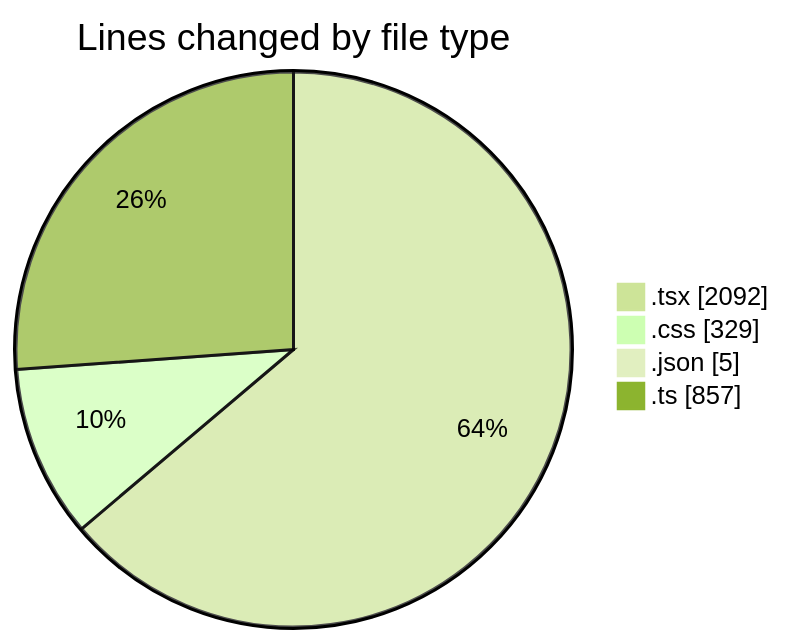
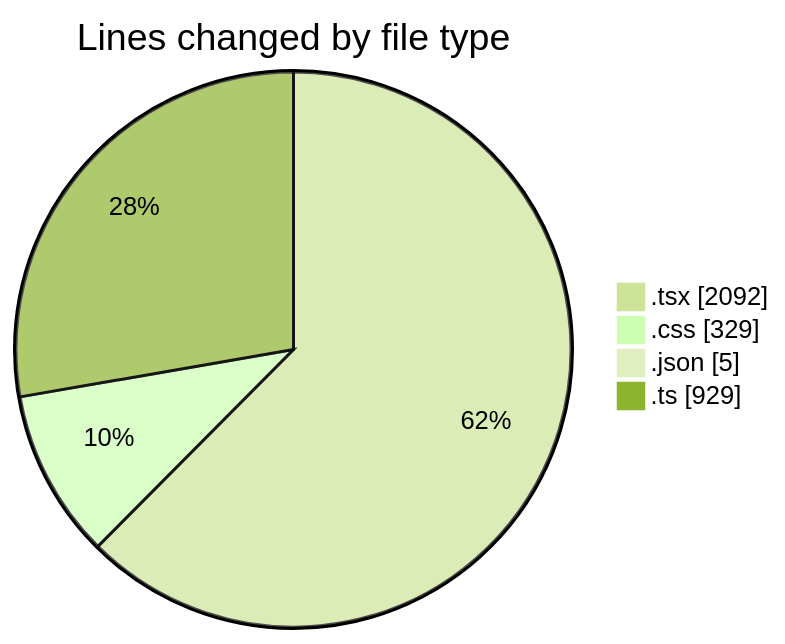
One commit to julien-gomy/code-tracking changed the first of 2 diagrams in 2025-10-10/eventscop-frontend-guide__workspace_/README.md. Above: the diagram before and after it, drawn with Mermaid (forest theme). The commit also changed other lines of this file and 1 other file, not shown here.

````diff
--- a/2025-10-10/eventscop-frontend-guide__workspace_/README.md
+++ b/2025-10-10/eventscop-frontend-guide__workspace_/README.md
@@ -32,8 +33,8 @@
 ```mermaid
 pie showData
 title Lines changed by file type
 ".tsx" : 2092
 ".css" : 329
 ".json" : 5
-".ts" : 857
+".ts" : 929
 ```
````
